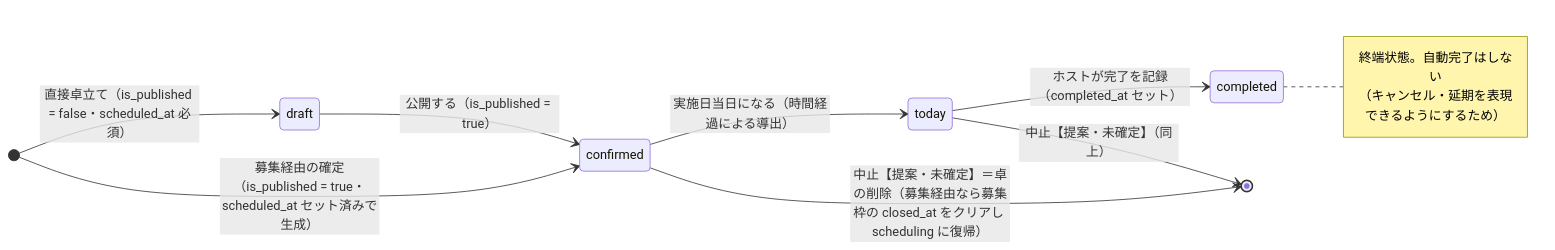
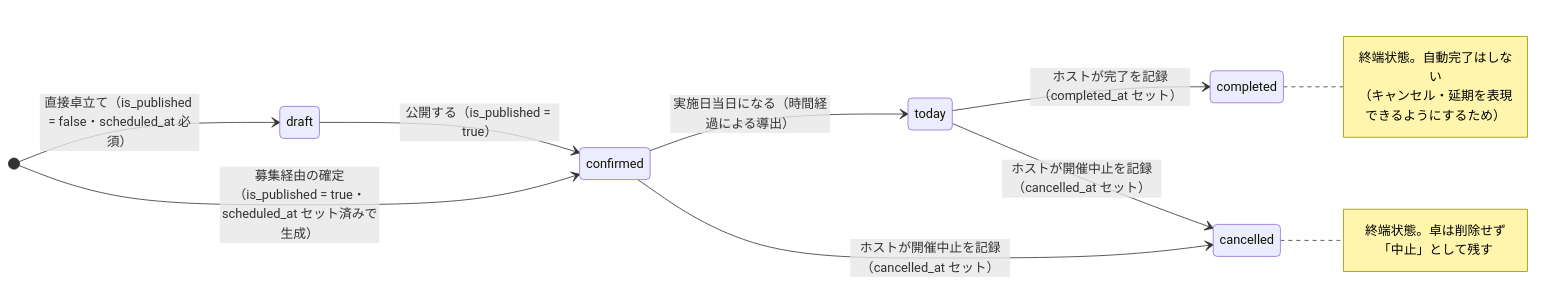
The second of 2 diagrams in docs/design-v1.1.md (dot-ma801/taku-biyori), drawn with Mermaid before and after one commit. The commit also changed other lines of this file and 1 other file, not shown here.

First line of the commit message:
[update] 中止を卓の cancelled ステータスとして確定し、募集枠の再開は Ph1 では提供しない（単一方向）

````diff
--- a/docs/design-v1.1.md
+++ b/docs/design-v1.1.md
@@ -241,15 +242,18 @@
 ```mermaid
 stateDiagram-v2
     direction LR
     [*] --> draft : 直接卓立て（is_published = false・scheduled_at 必須）
     [*] --> confirmed : 募集経由の確定（is_published = true・scheduled_at セット済みで生成）
     draft --> confirmed : 公開する（is_published = true）
     confirmed --> today : 実施日当日になる（時間経過による導出）
     today --> completed : ホストが完了を記録（completed_at セット）
-    confirmed --> [*] : 中止【提案・未確定】＝卓の削除（募集経由なら募集枠の closed_at をクリアし scheduling に復帰）
-    today --> [*] : 中止【提案・未確定】（同上）
+    confirmed --> cancelled : ホストが開催中止を記録（cancelled_at セット）
+    today --> cancelled : ホストが開催中止を記録（cancelled_at セット）
     note right of completed
         終端状態。自動完了はしない
         （キャンセル・延期を表現できるようにするため）
     end note
+    note right of cancelled
+        終端状態。卓は削除せず「中止」として残す
+    end note
 ```
````
